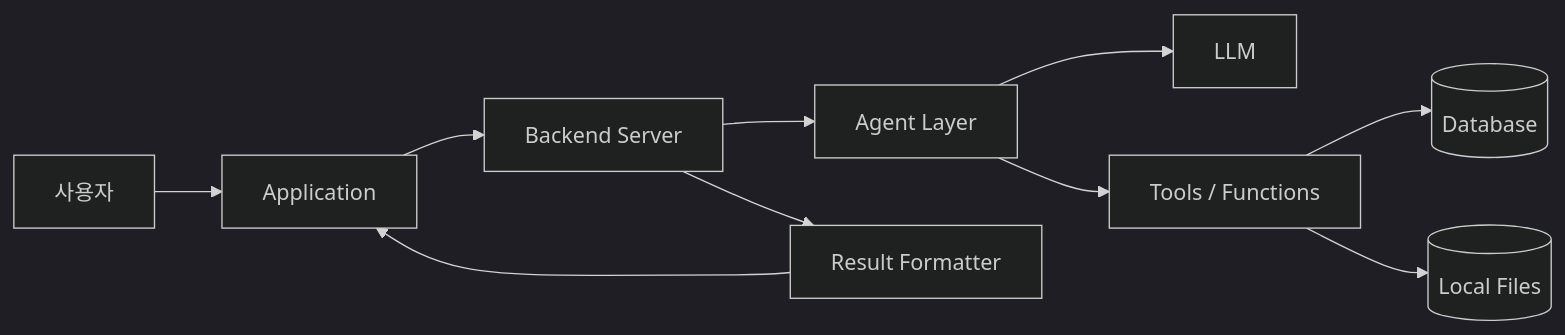
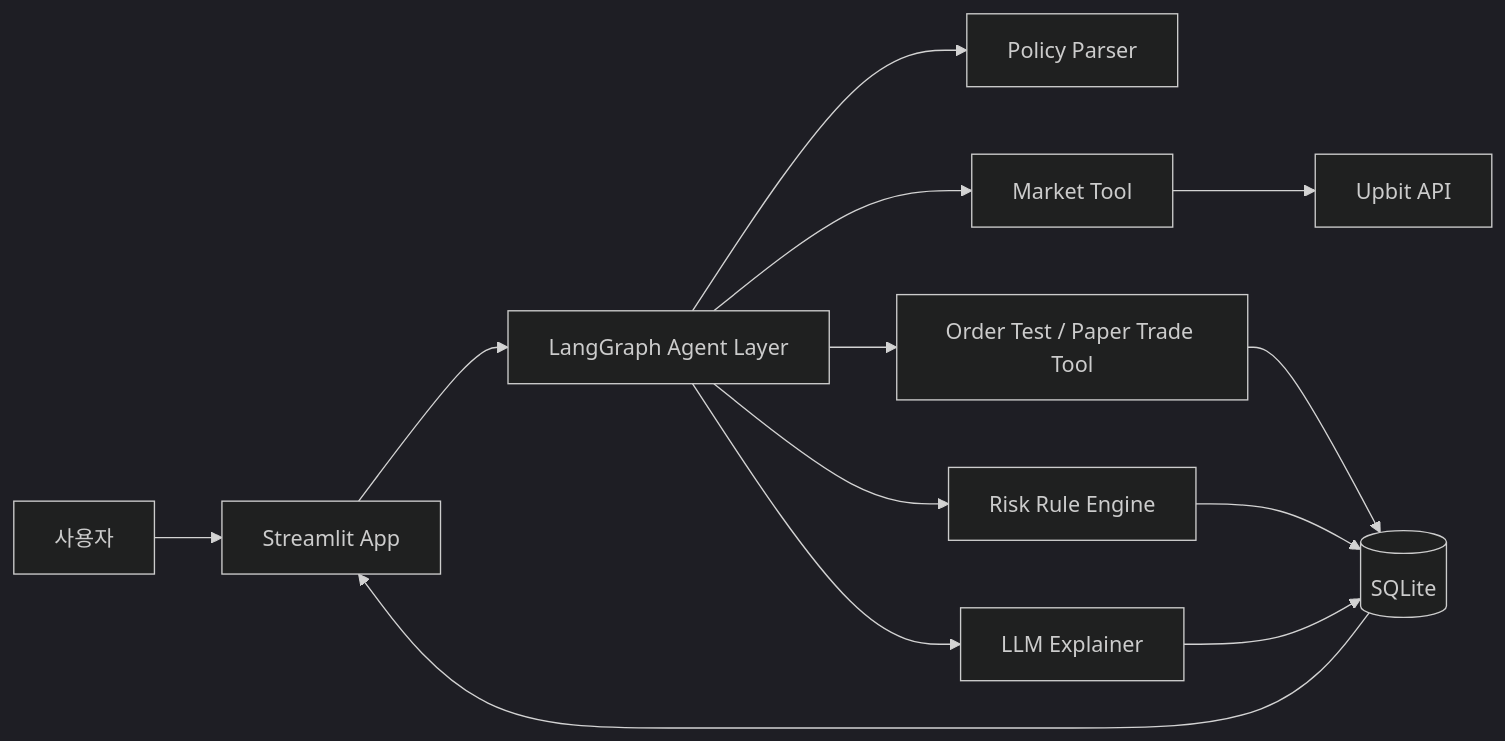
One commit to UpstageAI/sw-maestro-project changed the third of 3 diagrams in PROPOSAL.md. Above: the diagram before and after it, drawn with Mermaid (dark theme). The commit also changed other lines of this file, not shown here.

````diff
--- a/PROPOSAL.md
+++ b/PROPOSAL.md
@@ -280,12 +222,15 @@
 ```mermaid
 flowchart LR
-    User[사용자] --> App[Application]
-    App --> Backend[Backend Server]
-    Backend --> Agent[Agent Layer]
-    Agent --> LLM[LLM]
-    Agent --> Tools[Tools / Functions]
-    Tools --> DB[(Database)]
-    Tools --> Files[(Local Files)]
-    Backend --> Result[Result Formatter]
-    Result --> App
+    User[사용자] --> App[Streamlit App]
+    App --> Agent[LangGraph Agent Layer]
+    Agent --> Policy[Policy Parser]
+    Agent --> Market[Market Tool]
+    Agent --> Risk[Risk Rule Engine]
+    Agent --> Explainer[LLM Explainer]
+    Agent --> PaperTrade[Order Test / Paper Trade Tool]
+    Market --> UpbitAPI[Upbit API]
+    PaperTrade --> Store[(SQLite)]
+    Risk --> Store
+    Explainer --> Store
+    Store --> App
 ```
````
